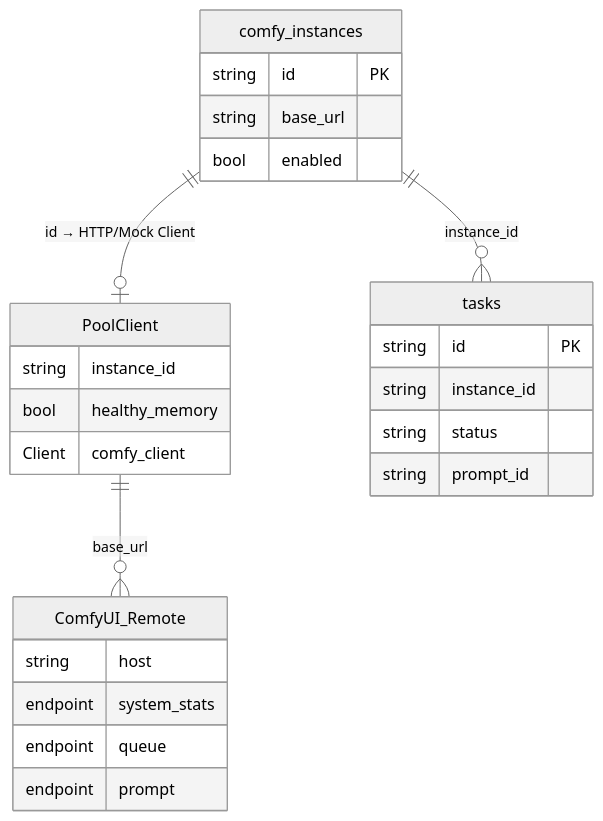
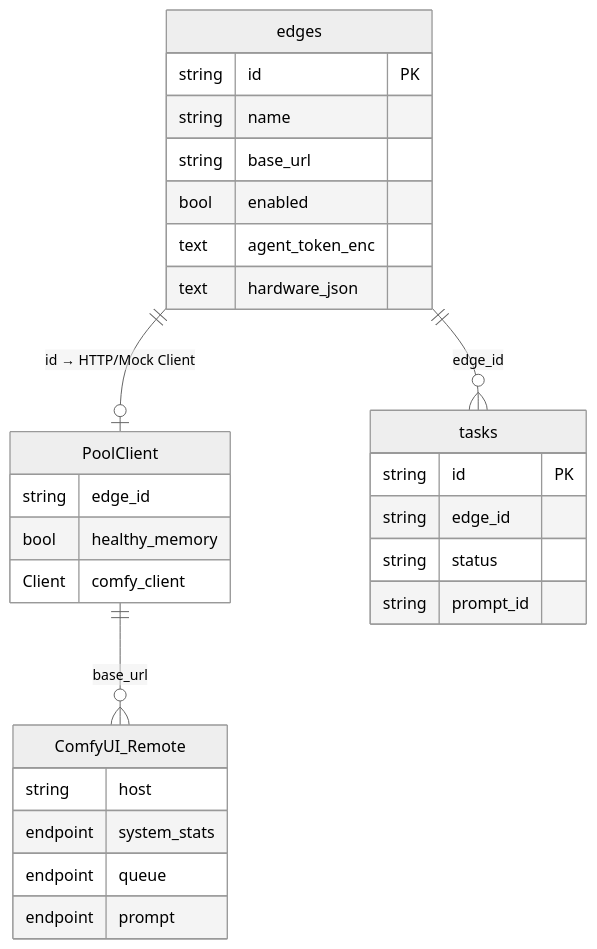
Before and after one commit to Mr9esx/Pixoma: the second of 3 diagrams in docs/architecture/data-model.md, drawn with Mermaid (neutral theme). The commit also changed other lines of this file and 1 other file, not shown here.

Commit message:
docs(architecture): edge_metrics table and metrics reporting path

````diff
--- a/docs/architecture/data-model.md
+++ b/docs/architecture/data-model.md
@@ -307,32 +335,35 @@
 ```mermaid
 erDiagram
-  comfy_instances ||--o| PoolClient : "id → HTTP/Mock Client"
-  comfy_instances ||--o{ tasks : "instance_id"
+  edges ||--o| PoolClient : "id → HTTP/Mock Client"
+  edges ||--o{ tasks : "edge_id"
   PoolClient ||--o{ ComfyUI_Remote : "base_url"
 
-  comfy_instances {
+  edges {
     string id PK
+    string name
     string base_url
     bool enabled
+    text agent_token_enc
+    text hardware_json
   }
 
   tasks {
     string id PK
-    string instance_id
+    string edge_id
     string status
     string prompt_id
   }
 
   PoolClient {
-    string instance_id
+    string edge_id
     bool healthy_memory
     Client comfy_client
   }
 
   ComfyUI_Remote {
     string host
     endpoint system_stats
     endpoint queue
     endpoint prompt
   }
 ```
````
